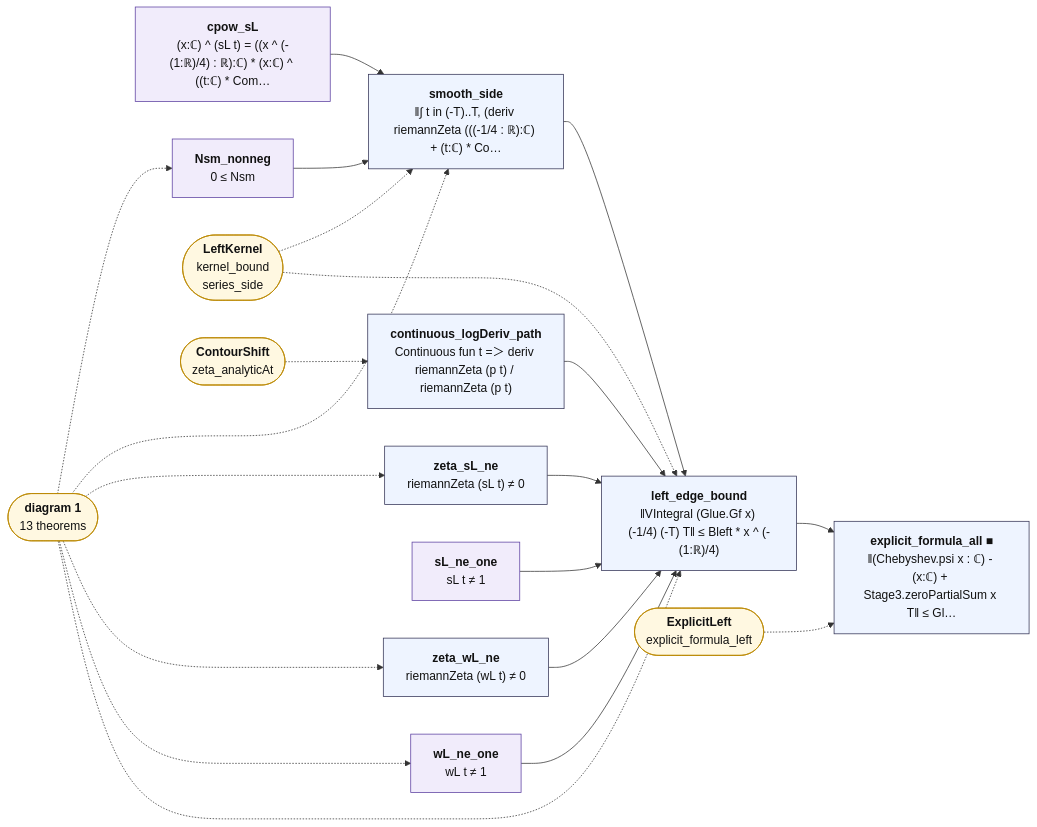
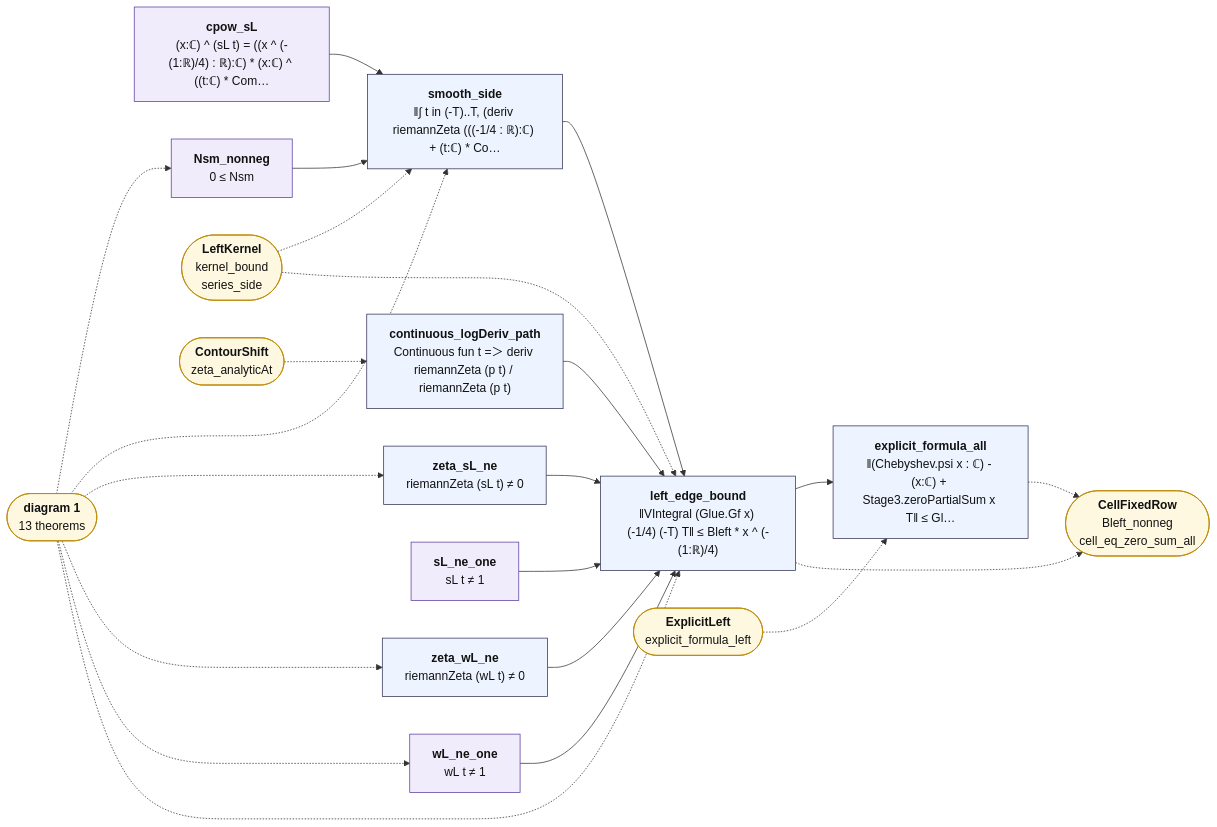
The diagram in map/lean_stage3/LeftSmooth.2.mmd (juliansambranojr/Primebeat_081426), drawn with Mermaid before and after one commit. The commit also changed 35 other files, not shown here.

```diff
--- a/map/lean_stage3/LeftSmooth.2.mmd
+++ b/map/lean_stage3/LeftSmooth.2.mmd
@@ -1,42 +1,45 @@
 flowchart LR
   n0["<b>cpow_sL</b><br/>(x:ℂ) ^ (sL t) = ((x ^ (-(1:ℝ)/4) : ℝ):ℂ) * (x:ℂ) ^ ((t:ℂ) * Com…"]:::shp
   n1["<b>Nsm_nonneg</b><br/>0 ≤ Nsm"]:::shp
   n2["<b>smooth_side</b><br/>‖∫ t in (-T)..T, (deriv riemannZeta (((-1/4 : ℝ):ℂ) + (t:ℂ) * Co…"]:::thm
   n3["<b>continuous_logDeriv_path</b><br/>Continuous fun t =＞ deriv riemannZeta (p t) / riemannZeta (p t)"]:::thm
   n4["<b>zeta_sL_ne</b><br/>riemannZeta (sL t) ≠ 0"]:::thm
   n5["<b>zeta_wL_ne</b><br/>riemannZeta (wL t) ≠ 0"]:::thm
   n6["<b>sL_ne_one</b><br/>sL t ≠ 1"]:::shp
   n7["<b>wL_ne_one</b><br/>wL t ≠ 1"]:::shp
   n8["<b>left_edge_bound</b><br/>‖VIntegral (Glue.Gf x) (-1/4) (-T) T‖ ≤ Bleft * x ^ (-(1:ℝ)/4)"]:::thm
-  n9["<b>explicit_formula_all ■</b><br/>‖(Chebyshev.psi x : ℂ) - (x:ℂ) + Stage3.zeroPartialSum x T‖ ≤ Gl…"]:::thm
+  n9["<b>explicit_formula_all</b><br/>‖(Chebyshev.psi x : ℂ) - (x:ℂ) + Stage3.zeroPartialSum x T‖ ≤ Gl…"]:::thm
   x0(["<b>diagram 1</b><br/>13 theorems"]):::ext
   x1(["<b>LeftKernel</b><br/>kernel_bound<br/>series_side"]):::ext
   x2(["<b>ContourShift</b><br/>zeta_analyticAt"]):::ext
-  x3(["<b>ExplicitLeft</b><br/>explicit_formula_left"]):::ext
+  x3(["<b>CellFixedRow</b><br/>Bleft_nonneg<br/>cell_eq_zero_sum_all"]):::ext
+  x4(["<b>ExplicitLeft</b><br/>explicit_formula_left"]):::ext
   n0 --> n2
   n1 --> n2
   n2 --> n8
   n3 --> n8
   n4 --> n8
   n5 --> n8
   n6 --> n8
   n7 --> n8
   n8 --> n9
+  n8 -.-> x3
+  n9 -.-> x3
   x0 -.-> n1
   x0 -.-> n2
   x0 -.-> n4
   x0 -.-> n5
   x0 -.-> n7
   x0 -.-> n8
   x1 -.-> n2
   x1 -.-> n8
   x2 -.-> n3
-  x3 -.-> n9
+  x4 -.-> n9
   classDef cnt fill:#dff5ec,stroke:#17694a,color:#111
   classDef shp fill:#f1ecfb,stroke:#5b3fa0,color:#111
   classDef rh fill:#ffe5e5,stroke:#c22,color:#111,stroke-width:2px
   classDef thm fill:#eef4ff,stroke:#335,color:#111
   classDef end_ fill:#e7f7e7,stroke:#2a7,color:#111,stroke-width:2px
   classDef lone fill:#fff,stroke:#999,color:#111,stroke-dasharray:4 3
   classDef bad fill:#ffe5e5,stroke:#c22,color:#111,stroke-width:2px
   classDef ext fill:#fff8e1,stroke:#b80,color:#111
```
